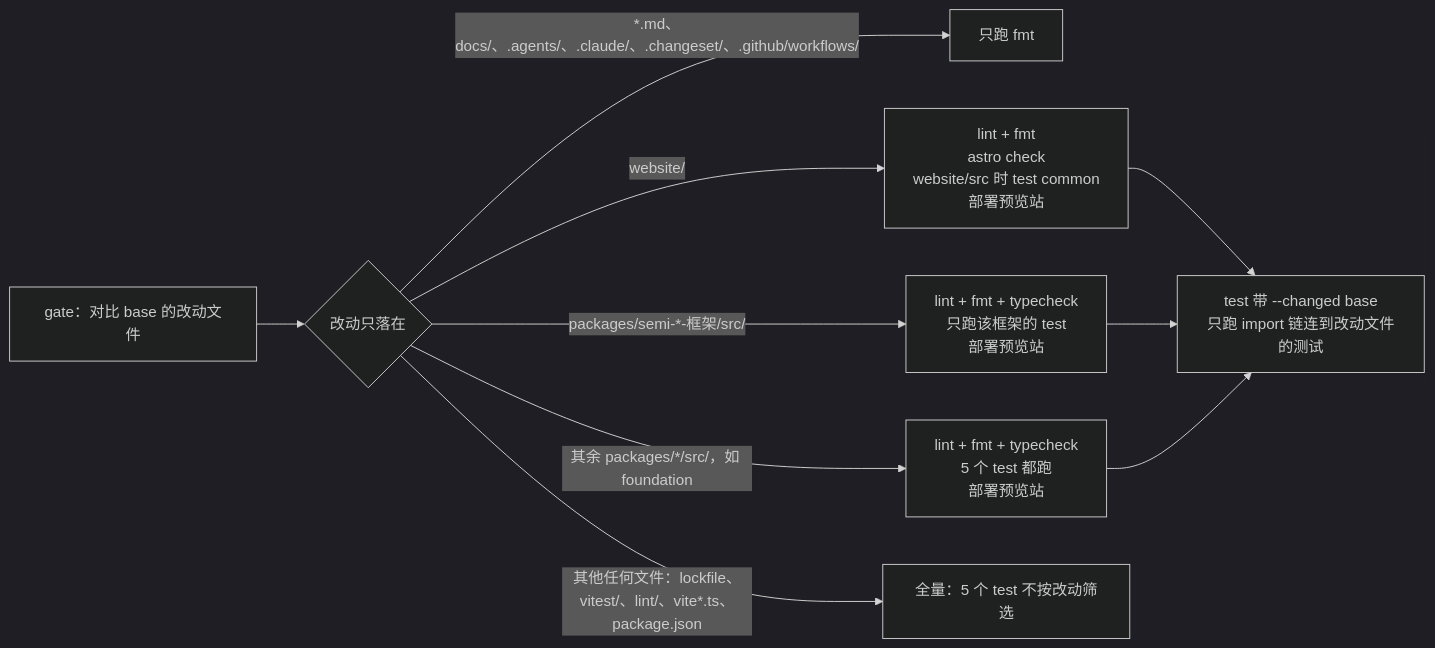
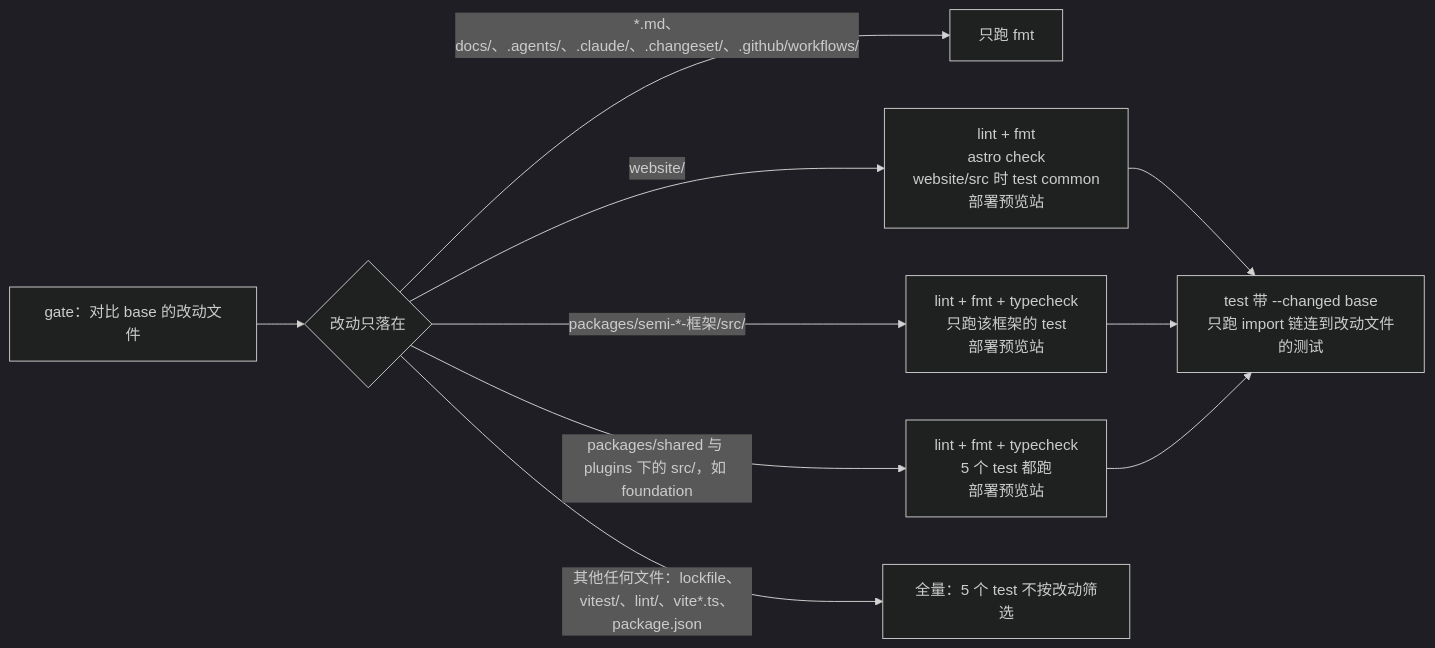
Before and after one commit to smile-alive/semi-design-next: the diagram in CONTRIBUTING.md, drawn with Mermaid (dark theme). The commit also changed other lines of this file and 2695 other files, not shown here.

First line of the commit message:
refactor!: 组件包回到 packages 第一层，插画并入图标包

````diff
--- a/CONTRIBUTING.md
+++ b/CONTRIBUTING.md
@@ -163,10 +160,10 @@
 ```mermaid
 flowchart LR
     G[gate：对比 base 的改动文件] --> C{改动只落在}
     C -->|*.md、docs/、.agents/、.claude/、.changeset/、.github/workflows/| F[只跑 fmt]
     C -->|website/| W[lint + fmt<br/>astro check<br/>website/src 时 test common<br/>部署预览站]
     C -->|packages/semi-*-框架/src/| P[lint + fmt + typecheck<br/>只跑该框架的 test<br/>部署预览站]
-    C -->|其余 packages/*/src/，如 foundation| S[lint + fmt + typecheck<br/>5 个 test 都跑<br/>部署预览站]
+    C -->|packages/shared 与 plugins 下的 src/，如 foundation| S[lint + fmt + typecheck<br/>5 个 test 都跑<br/>部署预览站]
     C -->|其他任何文件：lockfile、vitest/、lint/、vite*.ts、package.json| A[全量：5 个 test 不按改动筛选]
     W & P & S --> T[test 带 --changed base<br/>只跑 import 链连到改动文件的测试]
 ```
````
